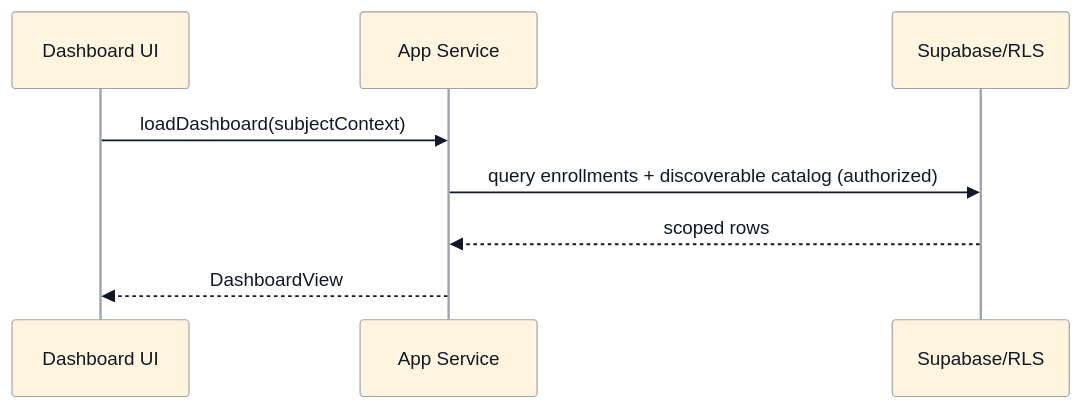
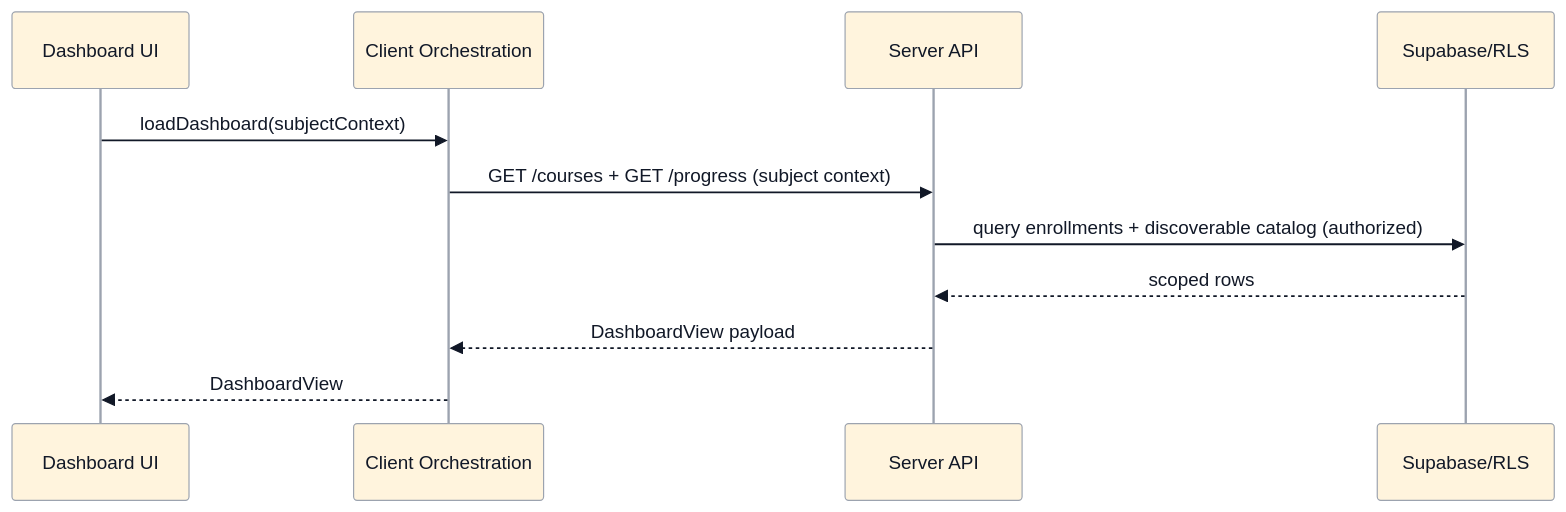
One commit to leesjensen/masteryls changed the second of 2 diagrams in specification/dashboard-enrollment.md. Above: the diagram before and after it, drawn with Mermaid. The commit also changed 9 other files, not shown here.

Commit message:
spec: formalize API contracts and server boundary

````diff
--- a/specification/dashboard-enrollment.md
+++ b/specification/dashboard-enrollment.md
@@ -99,12 +99,15 @@
 ```mermaid
 %%{init: {"theme": "base", "themeVariables": {"background": "#ffffff", "lineColor": "#9ca3af", "primaryBorderColor": "#9ca3af", "secondaryBorderColor": "#9ca3af", "tertiaryBorderColor": "#9ca3af", "clusterBorder": "#9ca3af", "edgeLabelBackground": "#ffffff", "primaryTextColor": "#111827"}}}%%
 sequenceDiagram
   participant UI as Dashboard UI
-  participant APP as App Service
+  participant APP as Client Orchestration
+  participant API as Server API
   participant DB as Supabase/RLS
 
   UI->>APP: loadDashboard(subjectContext)
-  APP->>DB: query enrollments + discoverable catalog (authorized)
-  DB-->>APP: scoped rows
+  APP->>API: GET /courses + GET /progress (subject context)
+  API->>DB: query enrollments + discoverable catalog (authorized)
+  DB-->>API: scoped rows
+  API-->>APP: DashboardView payload
   APP-->>UI: DashboardView
 ```
````
